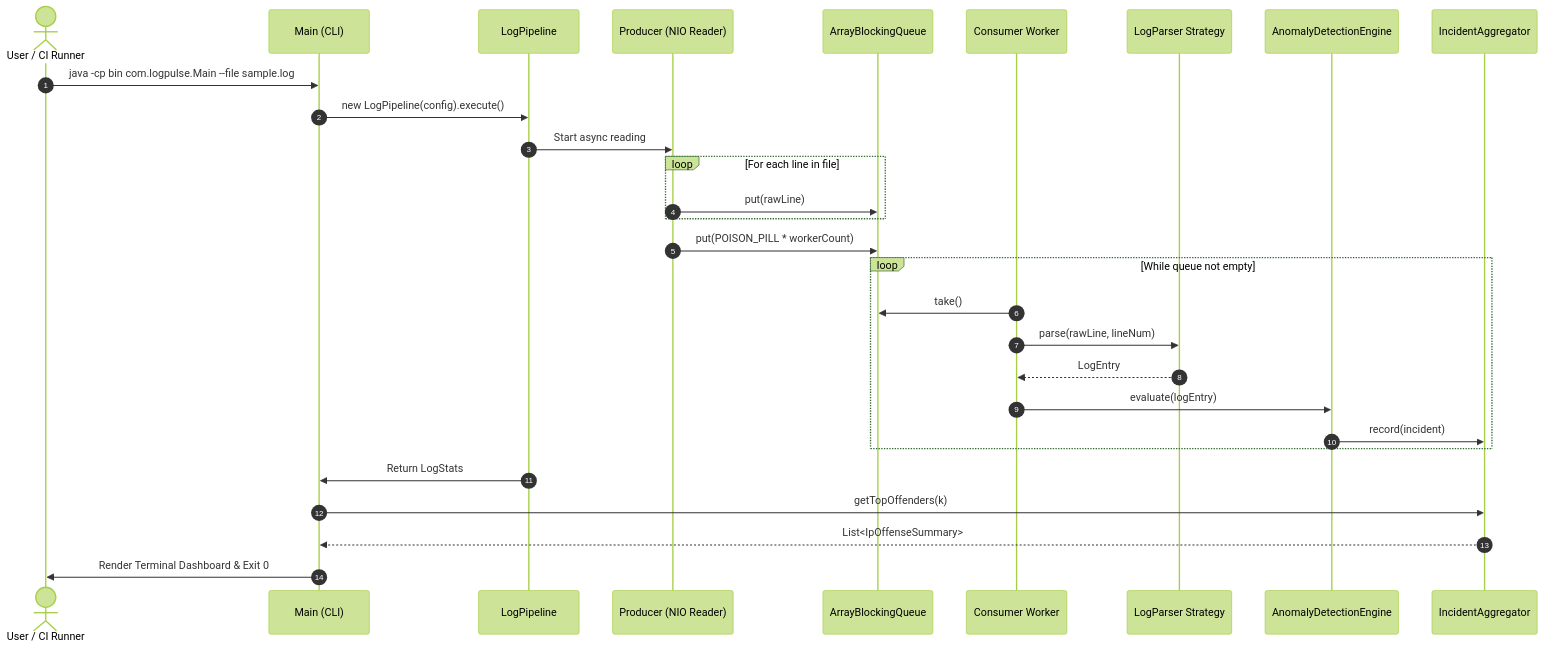
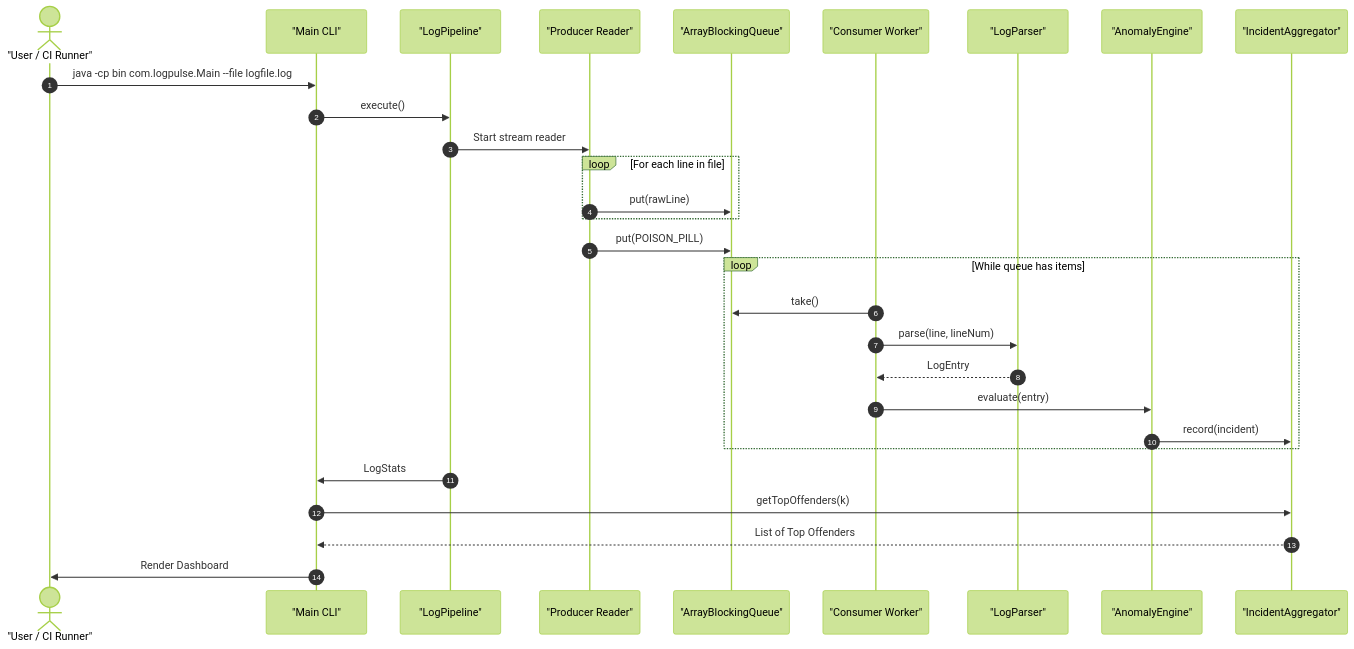
The fourth of 6 diagrams in PROJECT_REPORT.md (dhrrishitvdeka/LogPulse-Vityarthi), drawn with Mermaid (forest theme) before and after one commit. The commit also changed other lines of this file and 5 other files, not shown here.

````diff
--- a/PROJECT_REPORT.md
+++ b/PROJECT_REPORT.md
@@ -195,34 +196,34 @@
 ```mermaid
 sequenceDiagram
     autonumber
-    actor User as User / CI Runner
-    participant Main as Main (CLI)
-    participant Pipe as LogPipeline
-    participant Prod as Producer (NIO Reader)
-    participant Queue as ArrayBlockingQueue
-    participant Worker as Consumer Worker
-    participant Parser as LogParser Strategy
-    participant Engine as AnomalyDetectionEngine
-    participant Agg as IncidentAggregator
+    actor User as "User / CI Runner"
+    participant Main as "Main CLI"
+    participant Pipe as "LogPipeline"
+    participant Prod as "Producer Reader"
+    participant Queue as "ArrayBlockingQueue"
+    participant Worker as "Consumer Worker"
+    participant Parser as "LogParser"
+    participant Engine as "AnomalyEngine"
+    participant Agg as "IncidentAggregator"
 
-    User->>Main: java -cp bin com.logpulse.Main --file sample.log
-    Main->>Pipe: new LogPipeline(config).execute()
-    Pipe->>Prod: Start async reading
+    User->>Main: java -cp bin com.logpulse.Main --file logfile.log
+    Main->>Pipe: execute()
+    Pipe->>Prod: Start stream reader
     loop For each line in file
         Prod->>Queue: put(rawLine)
     end
-    Prod->>Queue: put(POISON_PILL * workerCount)
+    Prod->>Queue: put(POISON_PILL)
 
-    loop While queue not empty
+    loop While queue has items
         Worker->>Queue: take()
-        Worker->>Parser: parse(rawLine, lineNum)
+        Worker->>Parser: parse(line, lineNum)
         Parser-->>Worker: LogEntry
-        Worker->>Engine: evaluate(logEntry)
+        Worker->>Engine: evaluate(entry)
         Engine->>Agg: record(incident)
     end
 
-    Pipe->>Main: Return LogStats
+    Pipe->>Main: LogStats
     Main->>Agg: getTopOffenders(k)
-    Agg-->>Main: List<IpOffenseSummary>
-    Main->>User: Render Terminal Dashboard & Exit 0
+    Agg-->>Main: List of Top Offenders
+    Main->>User: Render Dashboard
 ```
````
